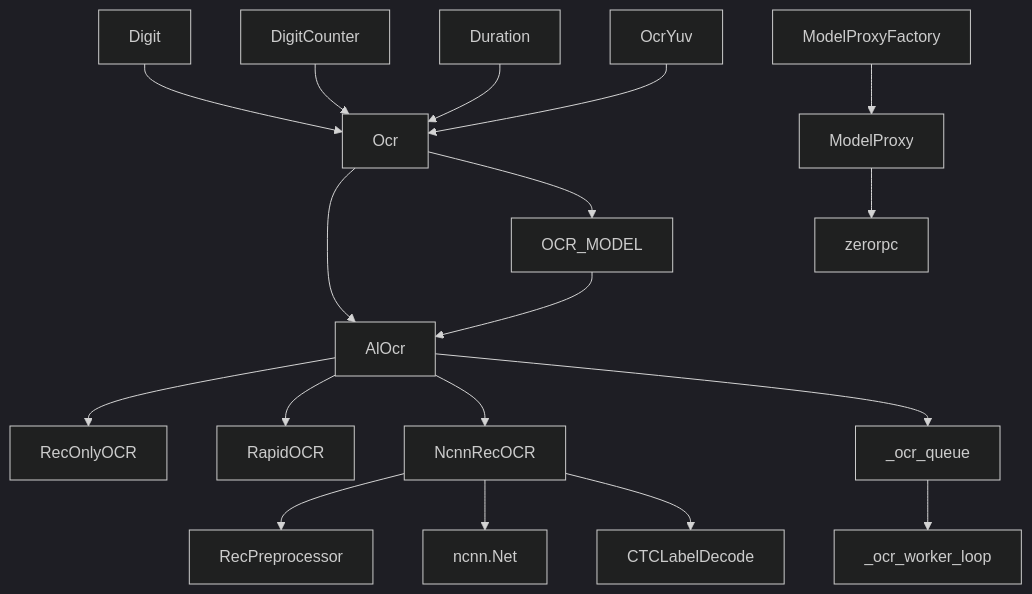
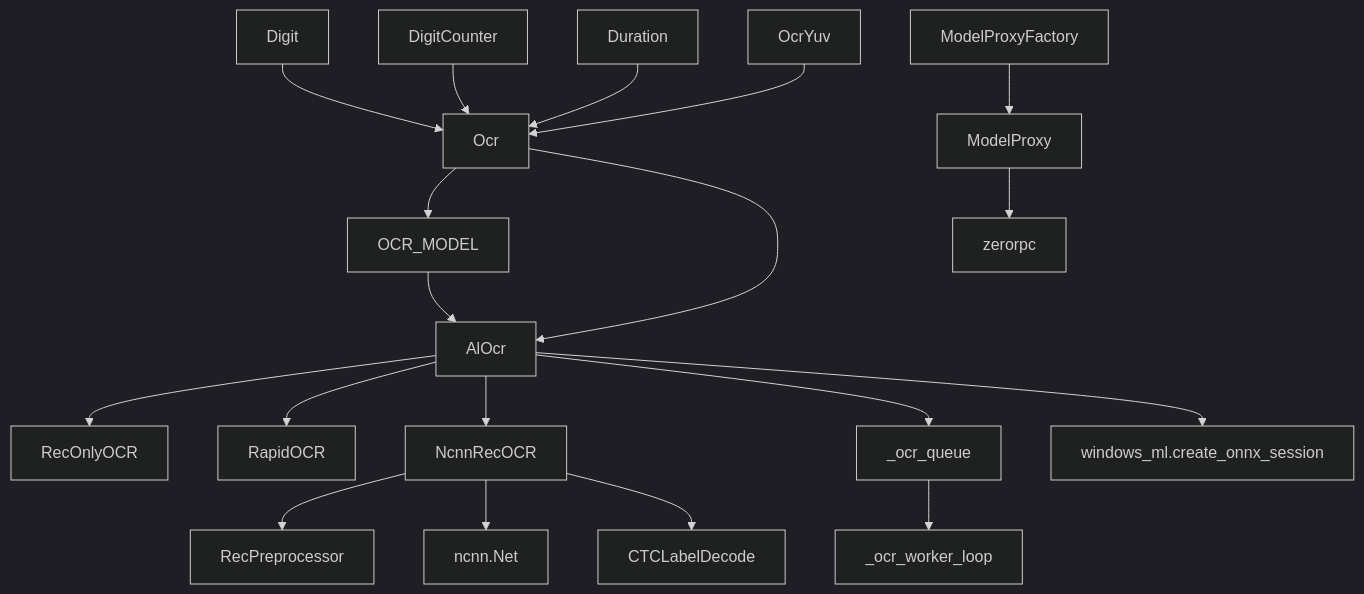
One commit to Beatrice-betty/AzurPilot changed the diagram in .agent/OCR.md. Above: the diagram before and after it, drawn with Mermaid (dark theme). The commit also changed other lines of this file and 22 other files, not shown here.

````diff
--- a/.agent/OCR.md
+++ b/.agent/OCR.md
@@ -119,24 +139,25 @@
 ```mermaid
 graph TD
+    Ocr --> OCR_MODEL
     Ocr --> AlOcr
-    Ocr --> OCR_MODEL
     OCR_MODEL --> AlOcr
 
     AlOcr --> RecOnlyOCR
     AlOcr --> RapidOCR
     AlOcr --> NcnnRecOCR
     AlOcr --> _ocr_queue
+    AlOcr --> windows_ml.create_onnx_session
     _ocr_queue --> _ocr_worker_loop
 
     NcnnRecOCR --> RecPreprocessor
     NcnnRecOCR --> ncnn.Net
     NcnnRecOCR --> CTCLabelDecode
 
     ModelProxyFactory --> ModelProxy
     ModelProxy --> zerorpc
 
     Digit --> Ocr
     DigitCounter --> Ocr
     Duration --> Ocr
     OcrYuv --> Ocr
 ```
````
